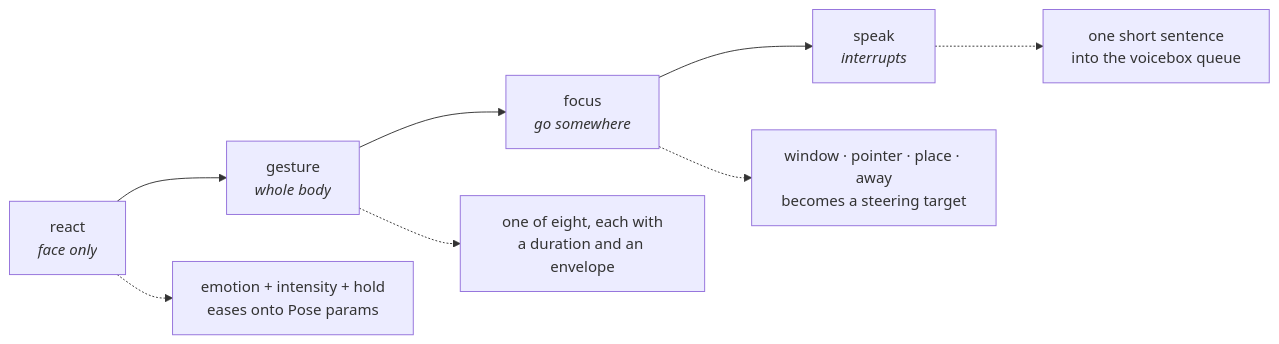
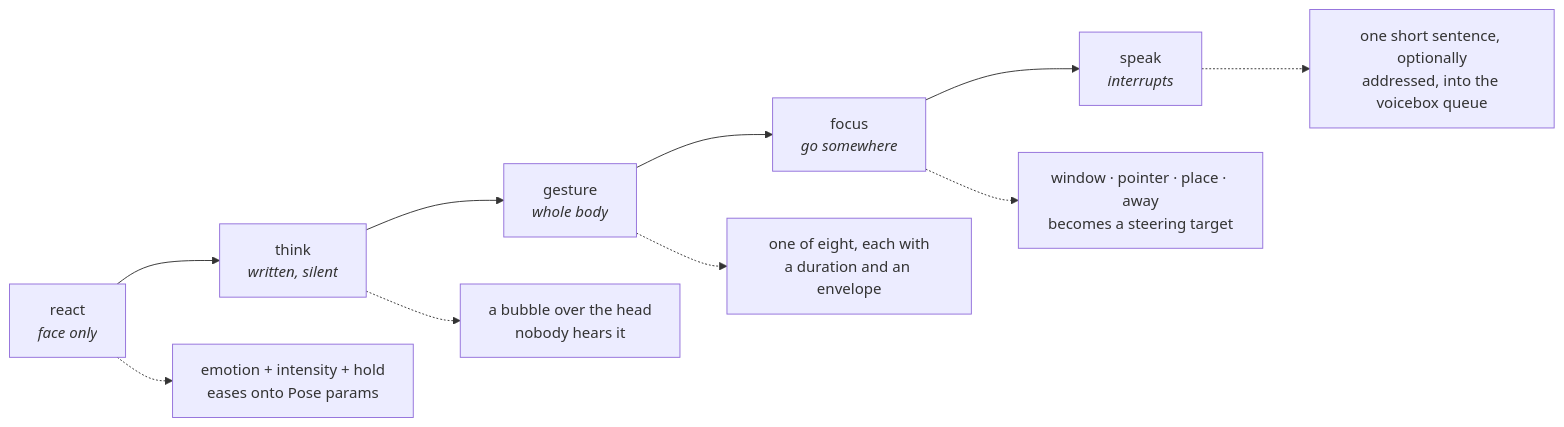
The fifth of 8 diagrams in docs/architecture.md (api-haus/lilguys), drawn with Mermaid before and after one commit. The commit also changed other lines of this file and 16 other files, not shown here.

````diff
--- a/docs/architecture.md
+++ b/docs/architecture.md
@@ -282,10 +310,12 @@
 ```mermaid
 flowchart LR
-    R["react<br/><i>face only</i>"] --> G["gesture<br/><i>whole body</i>"]
+    R["react<br/><i>face only</i>"] --> T["think<br/><i>written, silent</i>"]
+    T --> G["gesture<br/><i>whole body</i>"]
     G --> F["focus<br/><i>go somewhere</i>"]
     F --> S["speak<br/><i>interrupts</i>"]
     R -.-> RD["emotion + intensity + hold<br/>eases onto Pose params"]
+    T -.-> TD["a bubble over the head<br/>nobody hears it"]
     G -.-> GD["one of eight, each with<br/>a duration and an envelope"]
     F -.-> FD["window · pointer · place · away<br/>becomes a steering target"]
-    S -.-> SD["one short sentence<br/>into the voicebox queue"]
+    S -.-> SD["one short sentence, optionally<br/>addressed, into the voicebox queue"]
 ```
````
